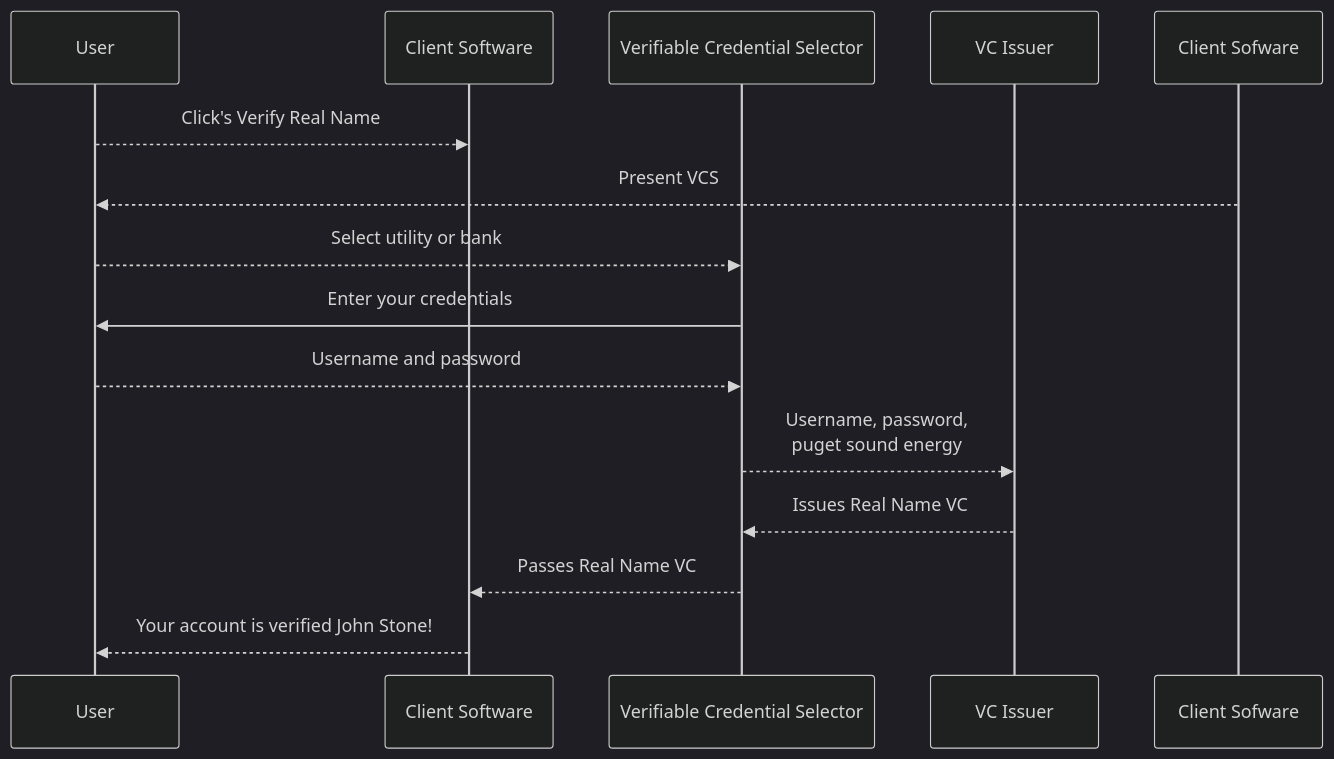
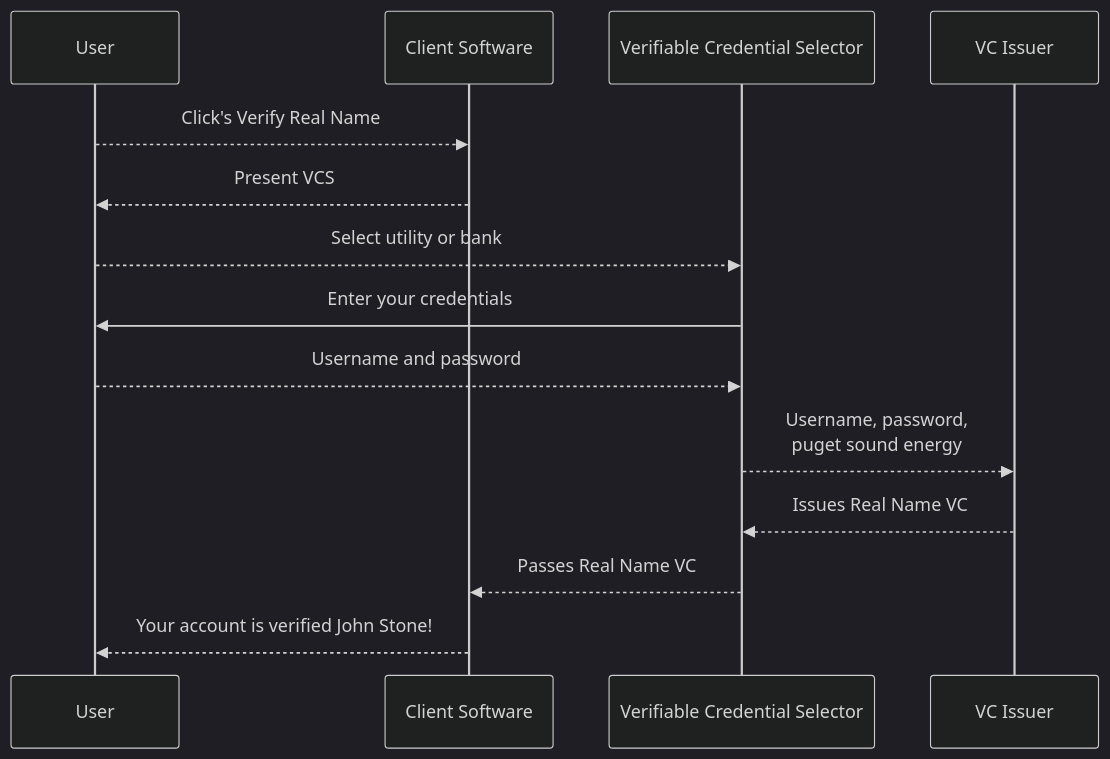
The first of 2 diagrams in real-name-decentralized.md (jacksophtron/open), drawn with Mermaid (dark theme) before and after one commit.

````diff
--- a/real-name-decentralized.md
+++ b/real-name-decentralized.md
@@ -15,19 +15,19 @@
 ```mermaid
 sequenceDiagram
 
 	participant User
         participant Client Software
         participant Verifiable Credential Selector 
         participant VC Issuer
 
 	User-->>Client Software: Click's Verify Real Name
-	Client Sofware-->>User: Present VCS
+	Client Software-->>User: Present VCS
 	User-->>Verifiable Credential Selector: Select utility or bank 
         Verifiable Credential Selector->>User: Enter your credentials
         User-->>Verifiable Credential Selector: Username and password
         Verifiable Credential Selector-->>VC Issuer: Username, password, <br/>puget sound energy
         VC Issuer-->>Verifiable Credential Selector: Issues Real Name VC
         Verifiable Credential Selector-->>Client Software: Passes Real Name VC
         Client Software-->>User: Your account is verified John Stone! 
 
 ```
````
